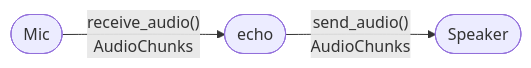
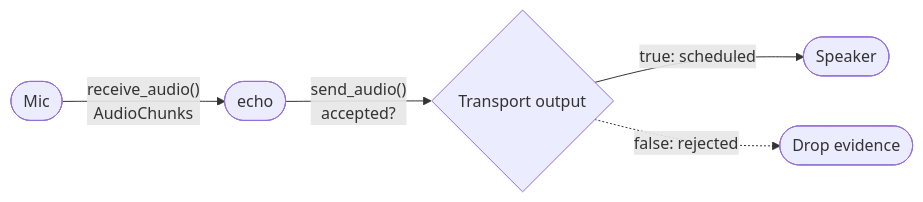
Before and after one commit to yisding/easycat: the diagram in docs/teaching/01-echo/README.md, drawn with Mermaid. The commit also changed other lines of this file and 5 other files, not shown here.

````diff
--- a/docs/teaching/01-echo/README.md
+++ b/docs/teaching/01-echo/README.md
@@ -260,5 +299,7 @@
 ```mermaid
 flowchart LR
     Mic([Mic]) -- "receive_audio()<br/>AudioChunks" --> echo([echo])
-    echo -- "send_audio()<br/>AudioChunks" --> Speaker([Speaker])
+    echo -- "send_audio()<br/>accepted?" --> Queue{Transport output}
+    Queue -- "true: scheduled" --> Speaker([Speaker])
+    Queue -. "false: rejected" .-> Drop([Drop evidence])
 ```
````
